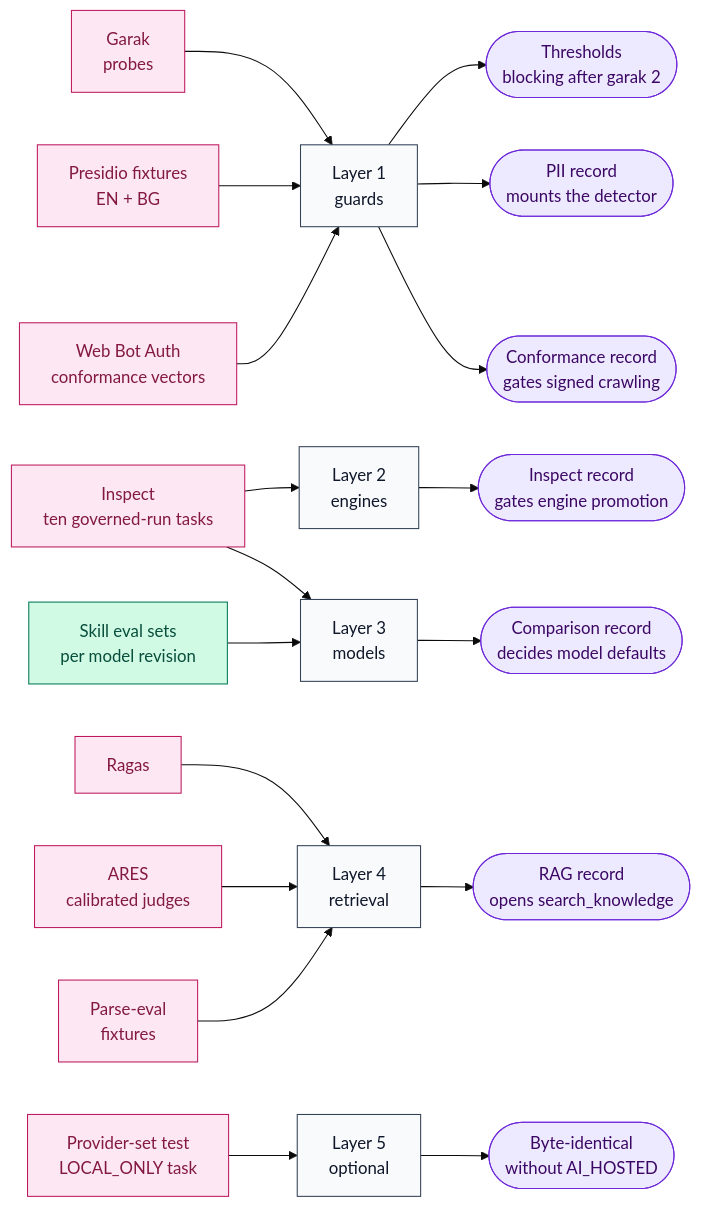
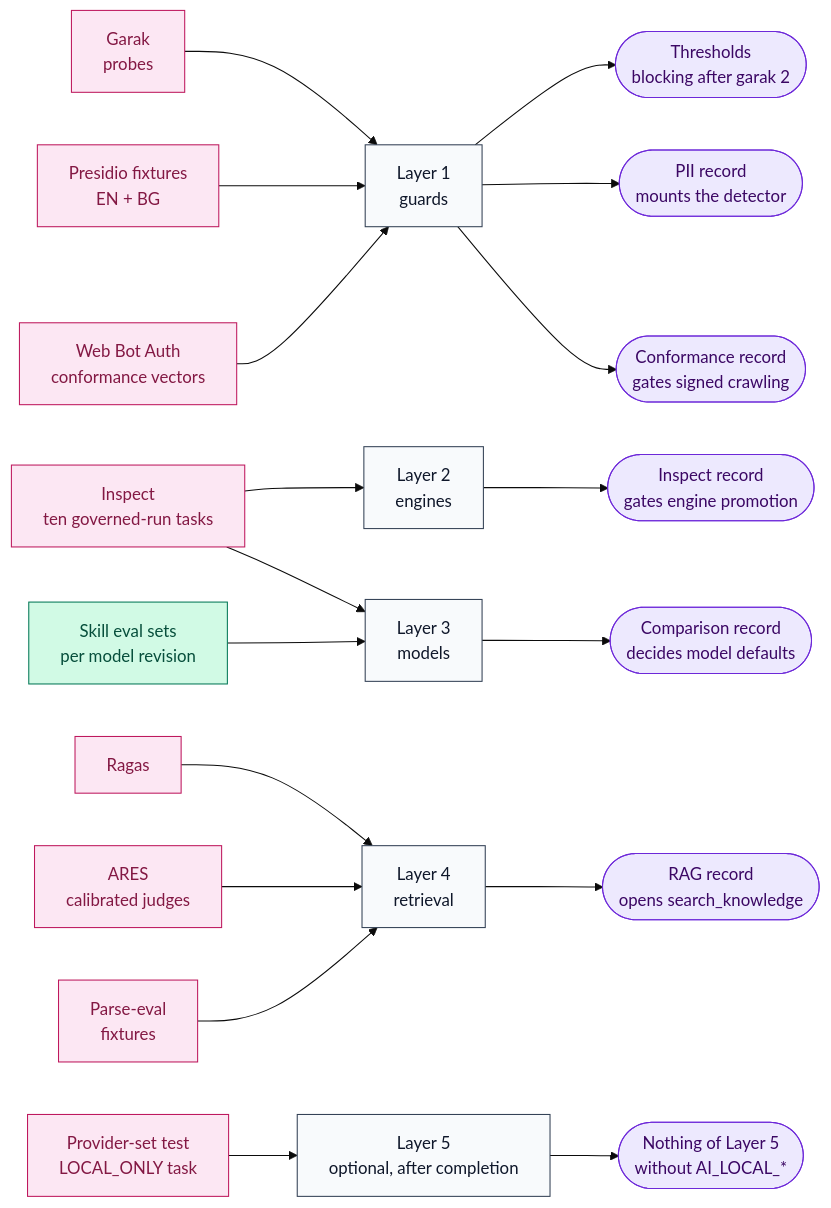
The fifth of 5 diagrams in docs/ai-architecture-roadmap.md (RodnaPamet/inflect-compliance), drawn with Mermaid (base theme) before and after one commit. The commit also changed other lines of this file and 21 other files, not shown here.

First line of the commit message:
docs(ai-architecture): the roadmap is complete without Layer 5; models through API keys

````diff
--- a/docs/ai-architecture-roadmap.md
+++ b/docs/ai-architecture-roadmap.md
@@ -564,27 +642,27 @@
 ```mermaid
 flowchart LR
   GA["Garak<br/>probes"]:::eval --> X1["Layer 1<br/>guards"]
   PII["Presidio fixtures<br/>EN + BG"]:::eval --> X1
   WBA["Web Bot Auth<br/>conformance vectors"]:::eval --> X1
   IS["Inspect<br/>ten governed-run tasks"]:::eval --> X2["Layer 2<br/>engines"]
   IS --> X3["Layer 3<br/>models"]
   SK["Skill eval sets<br/>per model revision"]:::done --> X3
   RA["Ragas"]:::eval --> X4["Layer 4<br/>retrieval"]
   AR["ARES<br/>calibrated judges"]:::eval --> X4
   PE["Parse-eval<br/>fixtures"]:::eval --> X4
-  OP["Provider-set test<br/>LOCAL_ONLY task"]:::eval --> X5["Layer 5<br/>optional"]
+  OP["Provider-set test<br/>LOCAL_ONLY task"]:::eval --> X5["Layer 5<br/>optional, after completion"]
 
   X1 --> G1(["Thresholds<br/>blocking after garak 2"]):::gate
   X1 --> G2(["PII record<br/>mounts the detector"]):::gate
   X1 --> G7(["Conformance record<br/>gates signed crawling"]):::gate
   X2 --> G3(["Inspect record<br/>gates engine promotion"]):::gate
   X3 --> G4(["Comparison record<br/>decides model defaults"]):::gate
   X4 --> G5(["RAG record<br/>opens search_knowledge"]):::gate
-  X5 --> G6(["Byte-identical<br/>without AI_HOSTED"]):::gate
+  X5 --> G6(["Nothing of Layer 5<br/>without AI_LOCAL_*"]):::gate
   class X1,X2,X3,X4,X5 layer
 
   classDef layer fill:#f8fafc,stroke:#334155,color:#0f172a
   classDef done fill:#d1fae5,stroke:#047857,color:#064e3b
   classDef eval fill:#fce7f3,stroke:#be185d,color:#831843
   classDef gate fill:#ede9fe,stroke:#6d28d9,color:#3b0764
 ```
````
